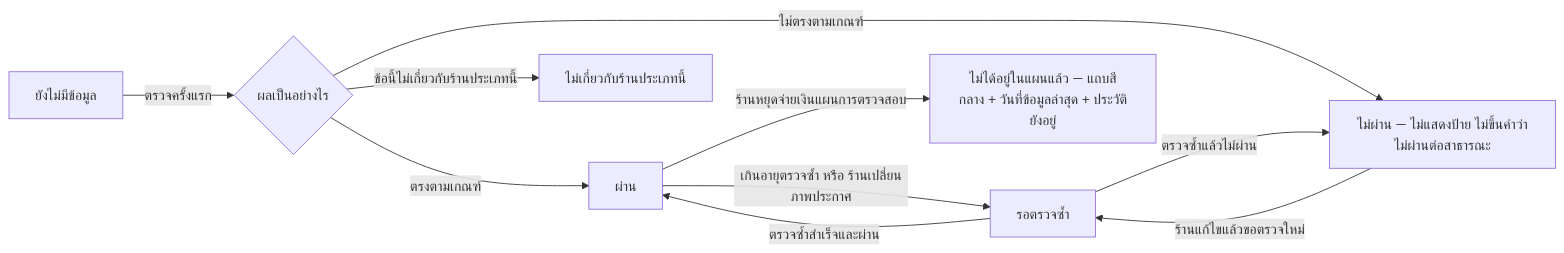
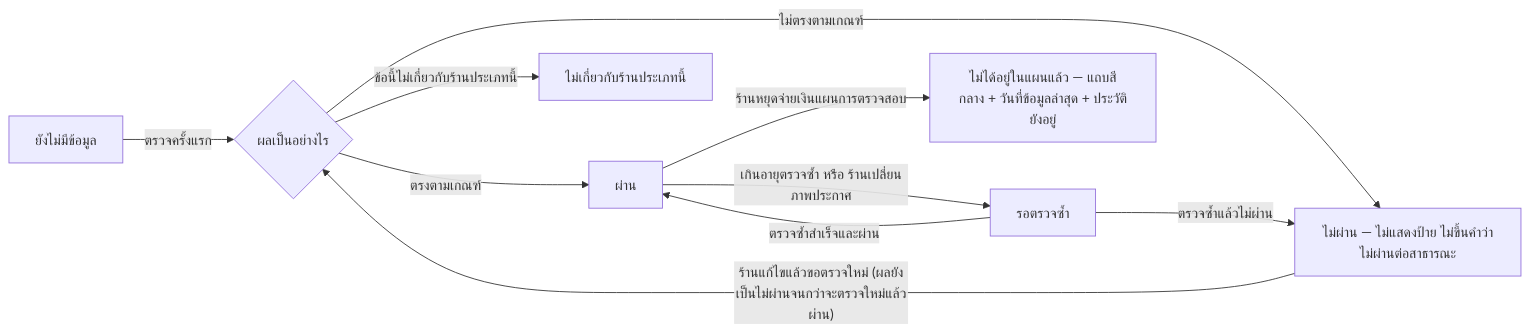
The second of 2 diagrams in docs/20 - Features/00060 - Shop Inspection Plan/PRD.md (CodeCooLTH/deep-web), drawn with Mermaid before and after one commit. The commit also changed other lines of this file and 5 other files, not shown here.

````diff
--- a/docs/20 - Features/00060 - Shop Inspection Plan/PRD.md
+++ b/docs/20 - Features/00060 - Shop Inspection Plan/PRD.md
@@ -489,12 +491,12 @@
 ```mermaid
 flowchart LR
     A[ยังไม่มีข้อมูล] -- ตรวจครั้งแรก --> B{ผลเป็นอย่างไร}
     B -- ตรงตามเกณฑ์ --> C[ผ่าน]
     B -- ไม่ตรงตามเกณฑ์ --> D[ไม่ผ่าน — ไม่แสดงป้าย ไม่ขึ้นคำว่าไม่ผ่านต่อสาธารณะ]
     B -- ข้อนี้ไม่เกี่ยวกับร้านประเภทนี้ --> E[ไม่เกี่ยวกับร้านประเภทนี้]
     C -- เกินอายุตรวจซ้ำ หรือ ร้านเปลี่ยนภาพประกาศ --> F[รอตรวจซ้ำ]
     F -- ตรวจซ้ำสำเร็จและผ่าน --> C
     F -- ตรวจซ้ำแล้วไม่ผ่าน --> D
-    D -- ร้านแก้ไขแล้วขอตรวจใหม่ --> F
+    D -- ร้านแก้ไขแล้วขอตรวจใหม่ (ผลยังเป็นไม่ผ่านจนกว่าจะตรวจใหม่แล้วผ่าน) --> B
     C -- ร้านหยุดจ่ายเงินแผนการตรวจสอบ --> G[ไม่ได้อยู่ในแผนแล้ว — แถบสีกลาง + วันที่ข้อมูลล่าสุด + ประวัติยังอยู่]
 ```
````
